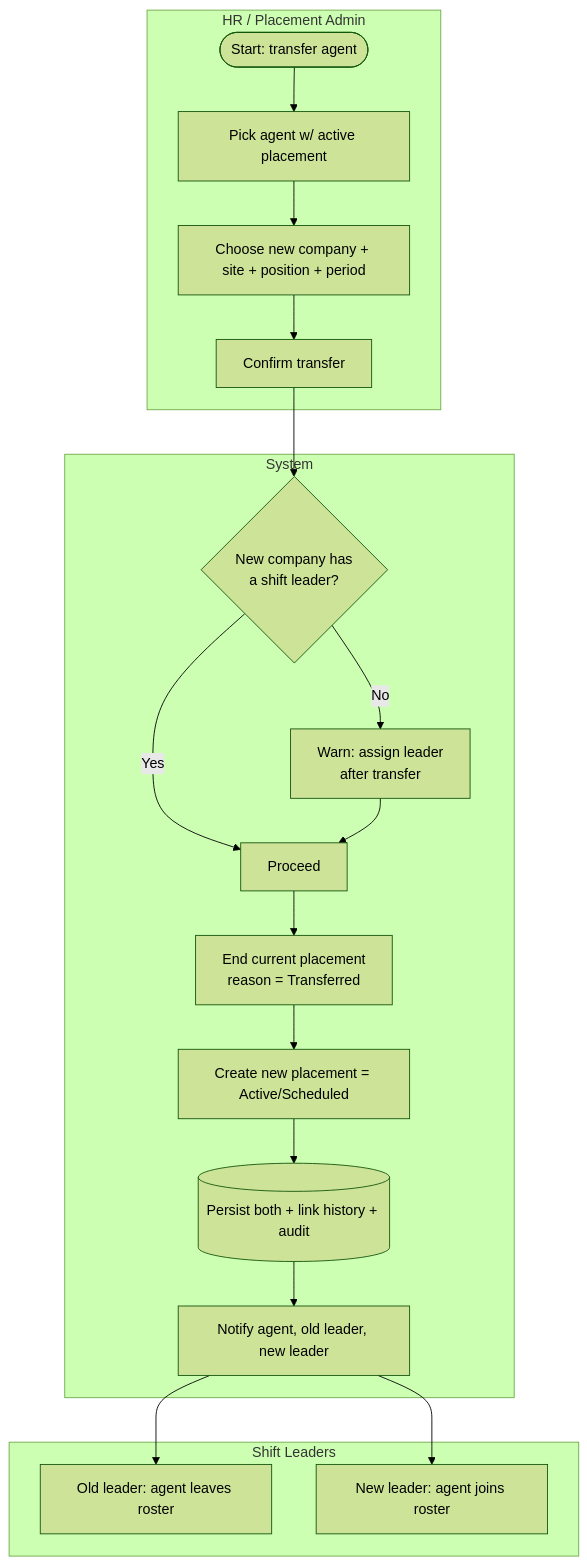
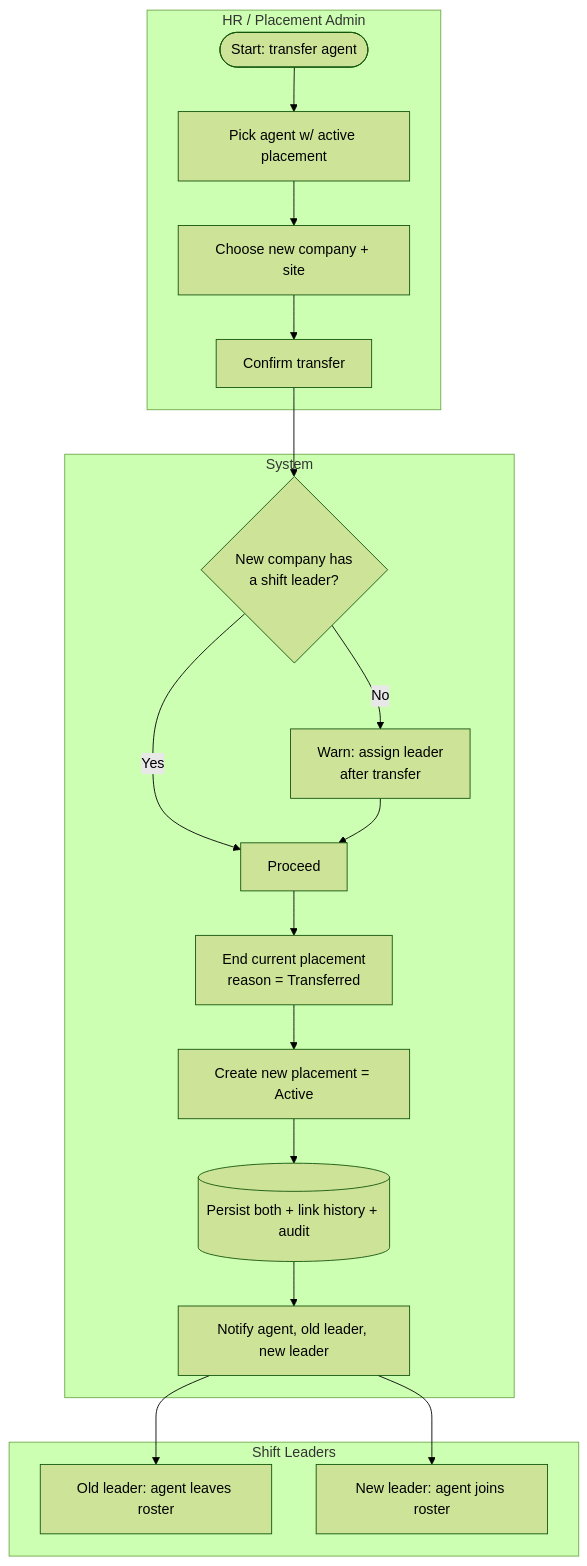
The fourth of 6 diagrams in docs/epics/E3-placement/FEATURE.md (hariszaki17/hris-outsource), drawn with Mermaid (forest theme) before and after one commit. The commit also changed other lines of this file and 106 other files, not shown here.

````diff
--- a/docs/epics/E3-placement/FEATURE.md
+++ b/docs/epics/E3-placement/FEATURE.md
@@ -173,22 +157,22 @@
 ```mermaid
 flowchart TD
     subgraph HR[HR / Placement Admin]
         T1([Start: transfer agent]) --> T2[Pick agent w/ active placement]
-        T2 --> T3[Choose new company + site + position + period]
+        T2 --> T3[Choose new company + site]
         T3 --> T6[Confirm transfer]
     end
     subgraph SYS[System]
         T6 --> V1{New company has<br/>a shift leader?}
         V1 -- No --> V2[Warn: assign leader<br/>after transfer]
         V1 -- Yes --> V3[Proceed]
         V2 --> V3
         V3 --> V4[End current placement<br/>reason = Transferred]
-        V4 --> V5[Create new placement = Active/Scheduled]
+        V4 --> V5[Create new placement = Active]
         V5 --> V6[(Persist both + link history + audit)]
         V6 --> V7[Notify agent, old leader, new leader]
     end
     subgraph SL[Shift Leaders]
         V7 --> L1[Old leader: agent leaves roster]
         V7 --> L2[New leader: agent joins roster]
     end
 ```
````
